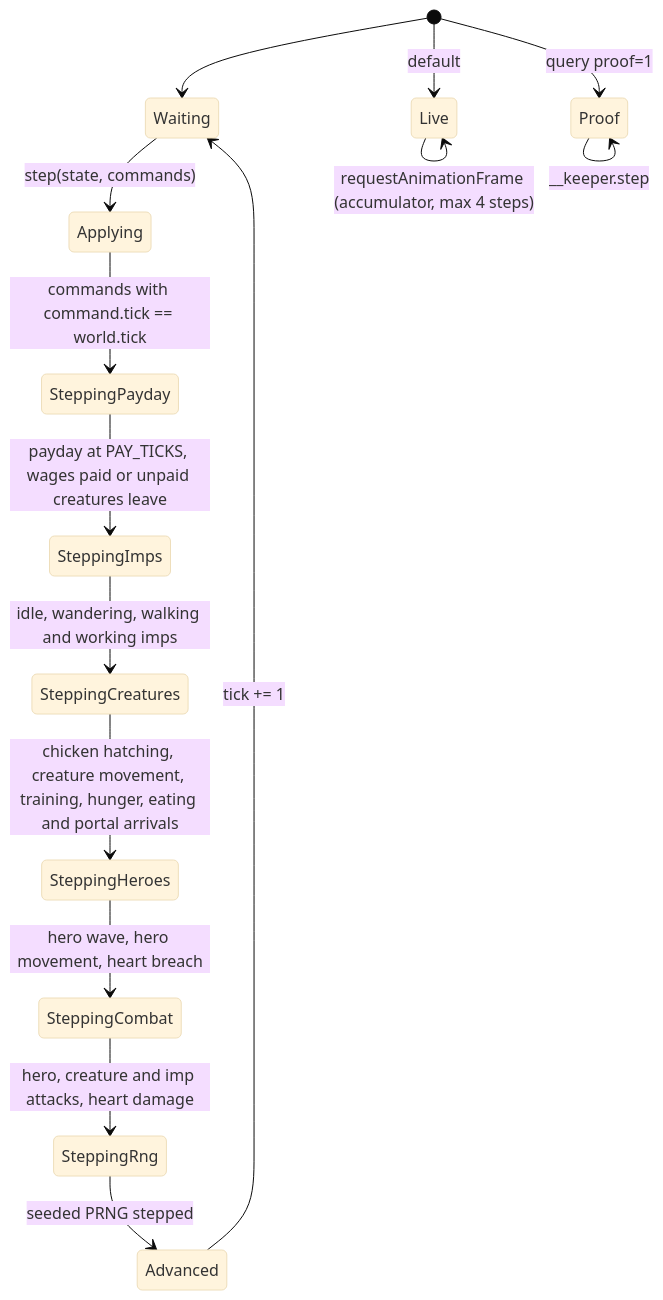
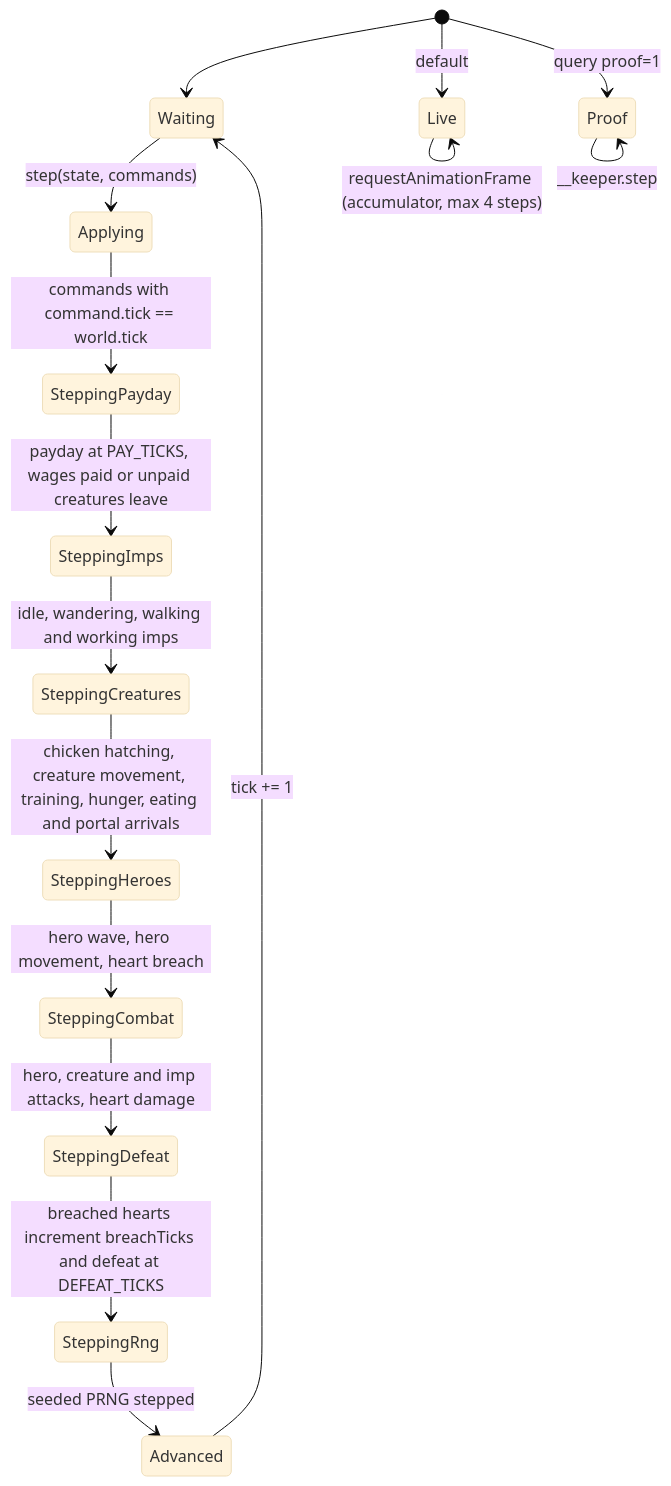
One commit to jmporchet/keeper changed the tenth of 10 diagrams in docs/design.md. Above: the diagram before and after it, drawn with Mermaid (base theme). The commit also changed other lines of this file and 16 other files, not shown here.

First line of the commit message:
Defeat after DEFEAT_TICKS of heart breach (#58)

````diff
--- a/docs/design.md
+++ b/docs/design.md
@@ -397,17 +404,18 @@
 ```mermaid
 stateDiagram-v2
     [*] --> Waiting
     Waiting --> Applying: step(state, commands)
     Applying --> SteppingPayday: commands with command.tick == world.tick
     SteppingPayday --> SteppingImps: payday at PAY_TICKS, wages paid or unpaid creatures leave
     SteppingImps --> SteppingCreatures: idle, wandering, walking and working imps
     SteppingCreatures --> SteppingHeroes: chicken hatching, creature movement, training, hunger, eating and portal arrivals
     SteppingHeroes --> SteppingCombat: hero wave, hero movement, heart breach
-    SteppingCombat --> SteppingRng: hero, creature and imp attacks, heart damage
+    SteppingCombat --> SteppingDefeat: hero, creature and imp attacks, heart damage
+    SteppingDefeat --> SteppingRng: breached hearts increment breachTicks and defeat at DEFEAT_TICKS
     SteppingRng --> Advanced: seeded PRNG stepped
     Advanced --> Waiting: tick += 1
     [*] --> Live: default
     [*] --> Proof: query proof=1
     Live --> Live: requestAnimationFrame (accumulator, max 4 steps)
     Proof --> Proof: __keeper.step
 ```
````
